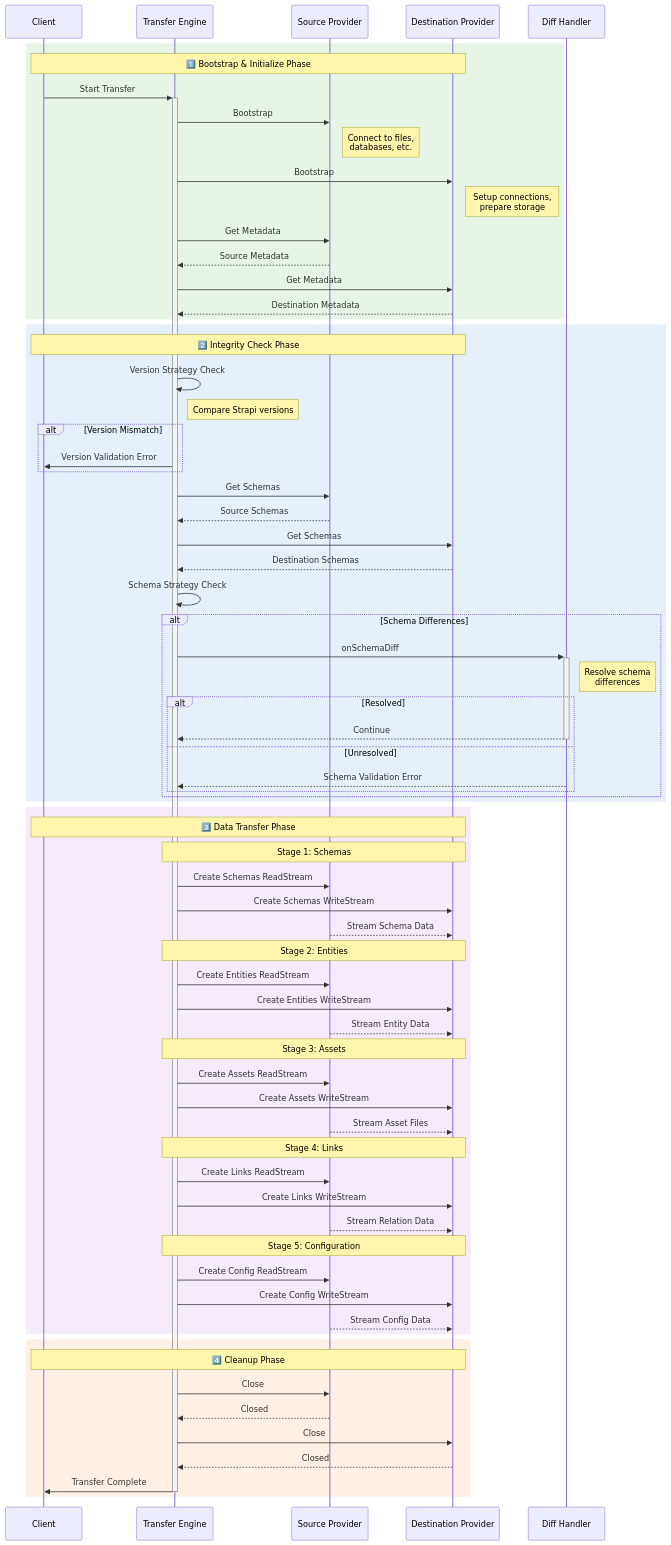
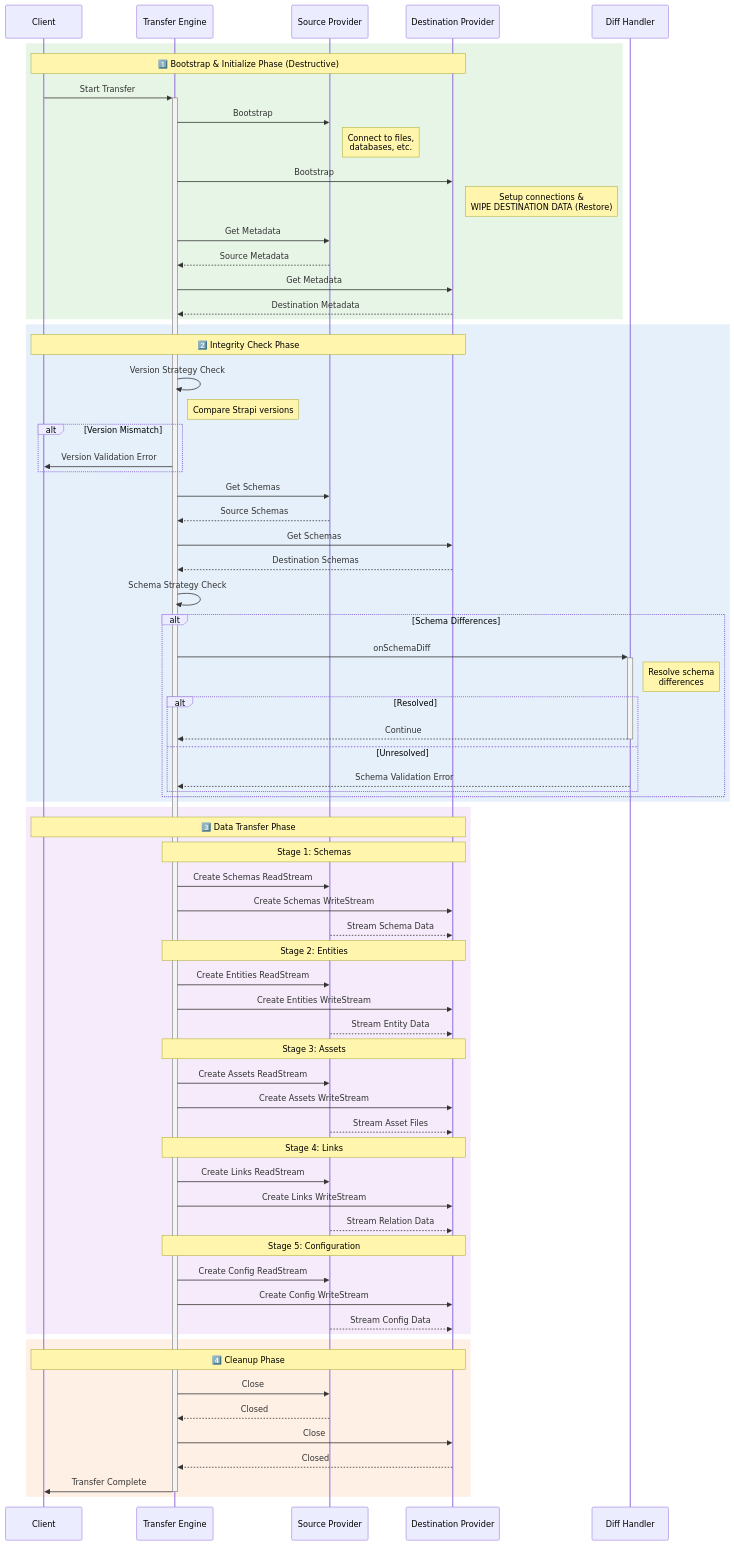
Before and after one commit to strapi/strapi: the second of 2 diagrams in docs/docs/docs/01-core/data-transfer/01-engine/01-engine.mdx, drawn with Mermaid. The commit also changed other lines of this file, not shown here.

Commit message:
docs: Highlight destructive operation in transfer engine

````diff
--- a/docs/docs/docs/01-core/data-transfer/01-engine/01-engine.mdx
+++ b/docs/docs/docs/01-core/data-transfer/01-engine/01-engine.mdx
@@ -85,82 +87,82 @@
 ```mermaid
 sequenceDiagram
     participant Client
     participant TE as Transfer Engine
     participant SP as Source Provider
     participant DP as Destination Provider
     participant DH as Diff Handler
 
     rect rgb(230, 245, 230)
-        Note over Client,DP: 1️⃣ Bootstrap & Initialize Phase
+        Note over Client,DP: 1️⃣ Bootstrap & Initialize Phase (Destructive)
         Client->>+TE: Start Transfer
         TE->>SP: Bootstrap
         Note right of SP: Connect to files,<br/>databases, etc.
         TE->>DP: Bootstrap
-        Note right of DP: Setup connections,<br/>prepare storage
+        Note right of DP: Setup connections &<br/>WIPE DESTINATION DATA (Restore)
         TE->>SP: Get Metadata
         SP-->>TE: Source Metadata
         TE->>DP: Get Metadata
         DP-->>TE: Destination Metadata
     end
 
     rect rgb(230, 240, 250)
         Note over Client,DP: 2️⃣ Integrity Check Phase
         TE->>TE: Version Strategy Check
         Note right of TE: Compare Strapi versions
         alt Version Mismatch
             TE->>Client: Version Validation Error
         end
         TE->>SP: Get Schemas
         SP-->>TE: Source Schemas
         TE->>DP: Get Schemas
         DP-->>TE: Destination Schemas
         TE->>TE: Schema Strategy Check
         alt Schema Differences
             TE->>+DH: onSchemaDiff
             Note right of DH: Resolve schema<br/>differences
             alt Resolved
                 DH-->>-TE: Continue
             else Unresolved
                 DH-->>TE: Schema Validation Error
             end
         end
     end
 
     rect rgb(245, 235, 250)
         Note over Client,DP: 3️⃣ Data Transfer Phase
 
         Note over TE,DP: Stage 1: Schemas
         TE->>SP: Create Schemas ReadStream
         TE->>DP: Create Schemas WriteStream
         SP-->>DP: Stream Schema Data
 
         Note over TE,DP: Stage 2: Entities
         TE->>SP: Create Entities ReadStream
         TE->>DP: Create Entities WriteStream
         SP-->>DP: Stream Entity Data
 
         Note over TE,DP: Stage 3: Assets
         TE->>SP: Create Assets ReadStream
         TE->>DP: Create Assets WriteStream
         SP-->>DP: Stream Asset Files
 
         Note over TE,DP: Stage 4: Links
         TE->>SP: Create Links ReadStream
         TE->>DP: Create Links WriteStream
         SP-->>DP: Stream Relation Data
 
         Note over TE,DP: Stage 5: Configuration
         TE->>SP: Create Config ReadStream
         TE->>DP: Create Config WriteStream
         SP-->>DP: Stream Config Data
     end
 
     rect rgb(255, 240, 230)
         Note over Client,DP: 4️⃣ Cleanup Phase
         TE->>SP: Close
         SP-->>TE: Closed
         TE->>DP: Close
         DP-->>TE: Closed
         TE->>-Client: Transfer Complete
     end
 ```
````
